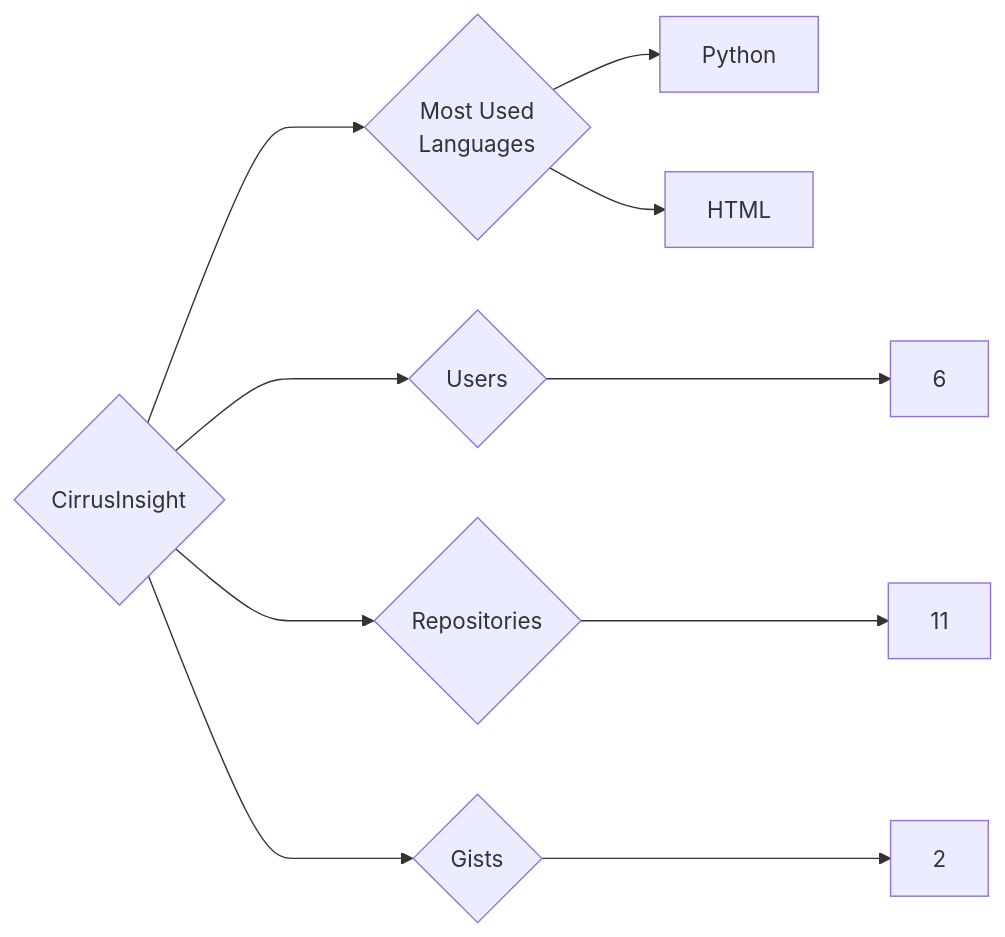
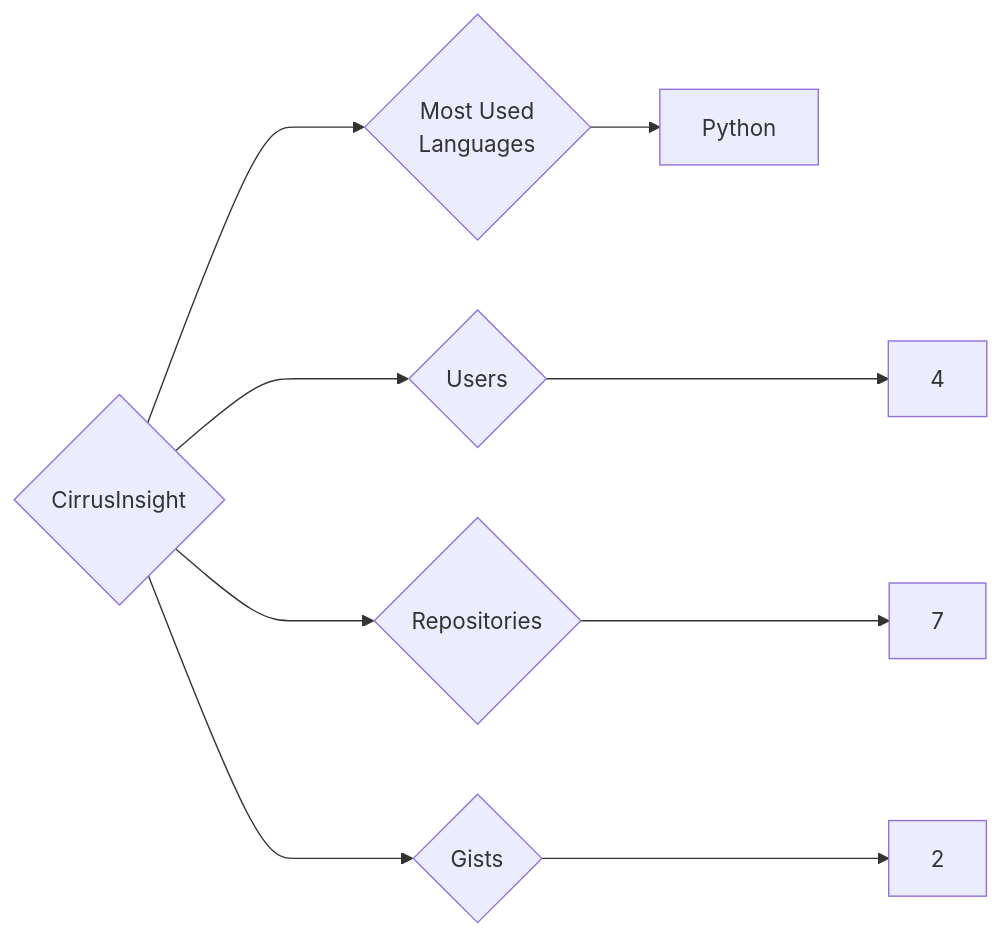
One commit to trickest/insiders changed the diagram in targets/CirrusInsight/README.md. Above: the diagram before and after it, drawn with Mermaid. The commit also changed 1089 other files, not shown here.

````diff
--- a/targets/CirrusInsight/README.md
+++ b/targets/CirrusInsight/README.md
@@ -3,10 +3,9 @@
 ```mermaid
 graph LR
 COMPANY_NAME{CirrusInsight}
-COMPANY_NAME ---> U{Users} ---> UN[6]
-COMPANY_NAME ---> R{Repositories} ---> RN[11]
+COMPANY_NAME ---> U{Users} ---> UN[4]
+COMPANY_NAME ---> R{Repositories} ---> RN[7]
 COMPANY_NAME ---> G{Gists} ---> GN[2]
 COMPANY_NAME ---> ML{Most Used<br>Languages}
 ML --> Python[Python]
-ML --> HTML[HTML]
 ```
````
